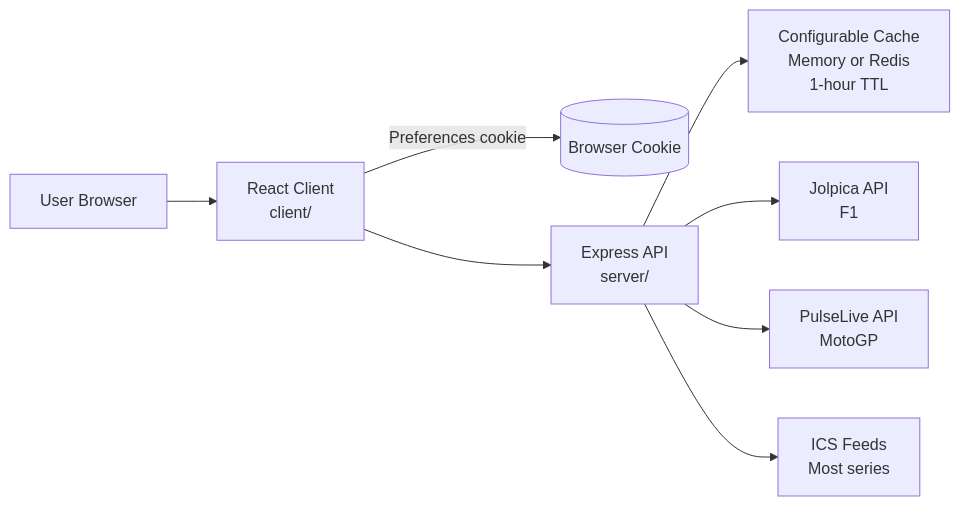
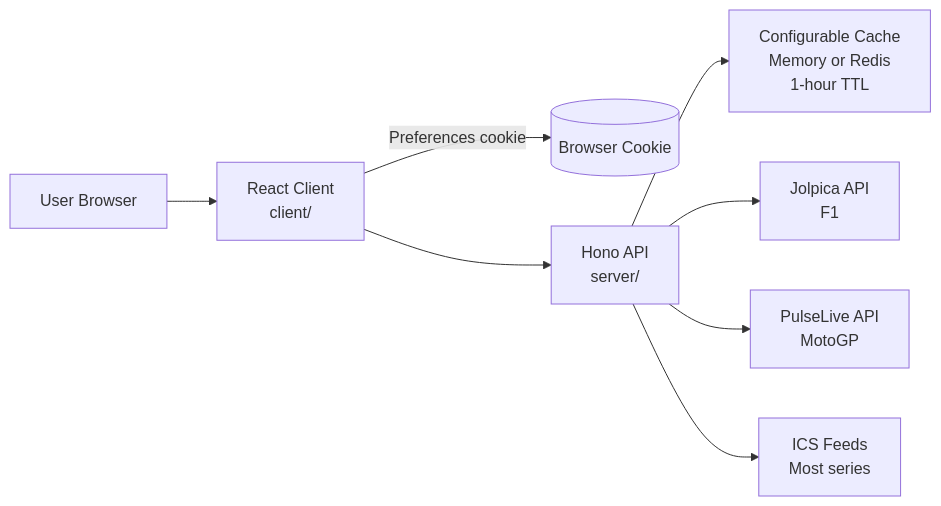
One commit to mblancolabs/gridstart changed the first of 4 diagrams in docs/ARCHITECTURE.md. Above: the diagram before and after it, drawn with Mermaid. The commit also changed other lines of this file and 31 other files, not shown here.

First line of the commit message:
Migrate from Express/Vercel to Hono + Cloudflare Workers (#55)

````diff
--- a/docs/ARCHITECTURE.md
+++ b/docs/ARCHITECTURE.md
@@ -9,10 +9,10 @@
 ```mermaid
 flowchart LR
     U[User Browser] --> C[React Client\nclient/]
     C -->|Preferences cookie| UC[(Browser Cookie)]
-    C --> A[Express API\nserver/]
+    C --> A[Hono API\nserver/]
     A --> K[Configurable Cache\nMemory or Redis\n1-hour TTL]
     A --> F1[Jolpica API\nF1]
     A --> MG[PulseLive API\nMotoGP]
     A --> ICS[ICS Feeds\nMost series]
 ```
````
